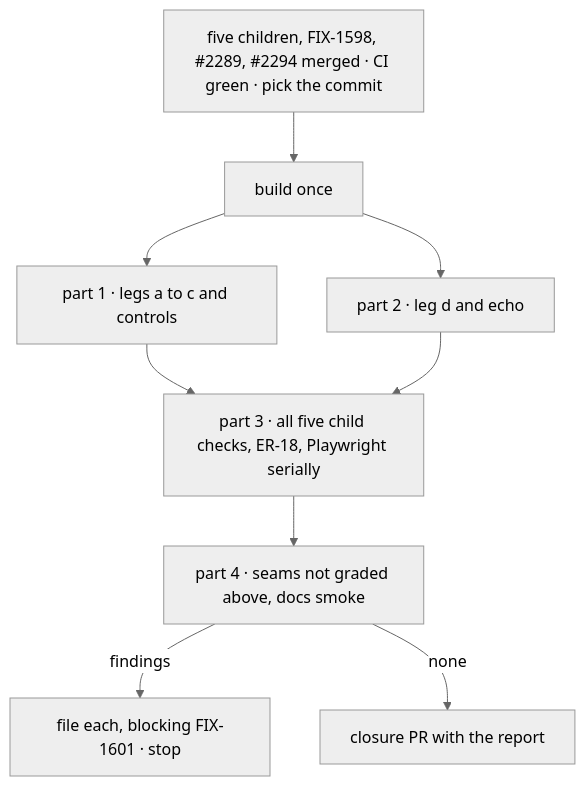
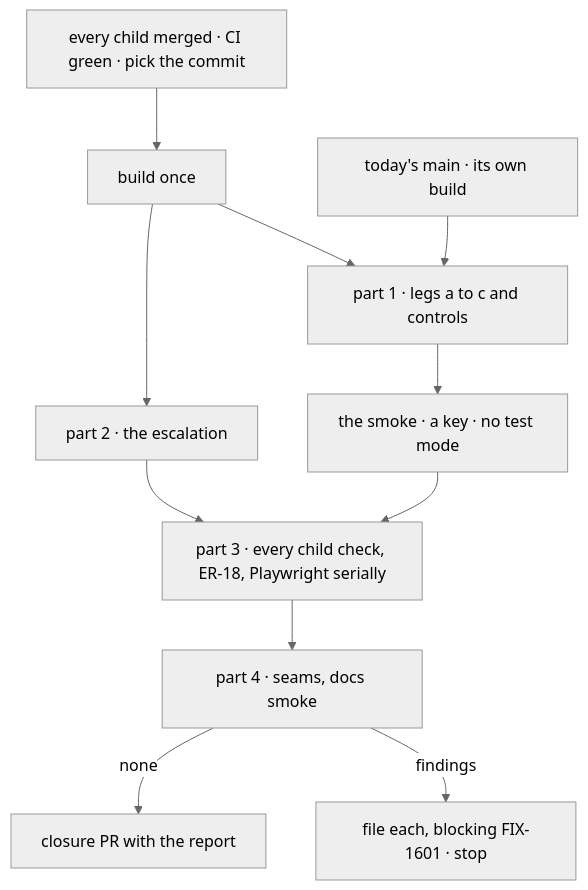
Before and after one commit to fixpoint-labs/flow-state-dev: the diagram in specs/issues/FIX-1601/PLAN.md, drawn with Mermaid (neutral theme). The commit also changed other lines of this file and 6 other files, not shown here.

````diff
--- a/specs/issues/FIX-1601/PLAN.md
+++ b/specs/issues/FIX-1601/PLAN.md
@@ -20,11 +20,13 @@
 ```mermaid
 flowchart TD
-  M["five children, FIX-1598, #2289, #2294 merged · CI green · pick the commit"] --> B["build once"]
+  M["every child merged · CI green · pick the commit"] --> B["build once"]
   B --> P1["part 1 · legs a to c and controls"]
-  B --> P2["part 2 · leg d and echo"]
-  P1 --> P3["part 3 · all five child checks, ER-18, Playwright serially"]
+  T["today's main · its own build"] --> P1
+  P1 --> S["the smoke · a key · no test mode"]
+  B --> P2["part 2 · the escalation"]
+  S --> P3["part 3 · every child check, ER-18, Playwright serially"]
   P2 --> P3
-  P3 --> P4["part 4 · seams not graded above, docs smoke"]
+  P3 --> P4["part 4 · seams, docs smoke"]
   P4 -->|"findings"| F["file each, blocking FIX-1601 · stop"]
   P4 -->|"none"| PR["closure PR with the report"]
 ```
````
